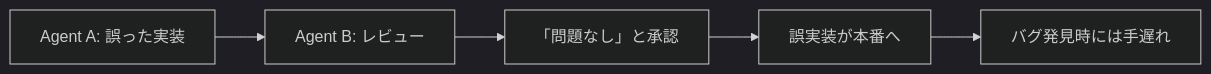
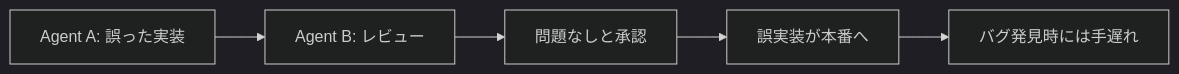
Before and after one commit to no-problem-dev/rick-brick-content: the diagram in articles/2026-03-18-spec-driven-development-ai-coding.md, drawn with Mermaid (dark theme). The commit also changed other lines of this file and 14 other files, not shown here.

````diff
--- a/articles/2026-03-18-spec-driven-development-ai-coding.md
+++ b/articles/2026-03-18-spec-driven-development-ai-coding.md
@@ -48,7 +38,7 @@
 ```mermaid
 graph LR
     A[Agent A: 誤った実装] --> B[Agent B: レビュー]
-    B --> C[「問題なし」と承認]
+    B --> C[問題なしと承認]
     C --> D[誤実装が本番へ]
     D --> E[バグ発見時には手遅れ]
 ```
````
